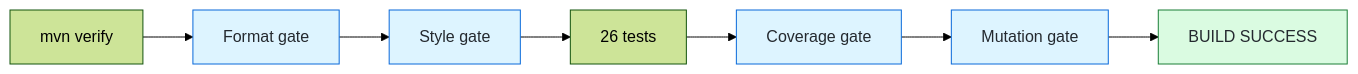
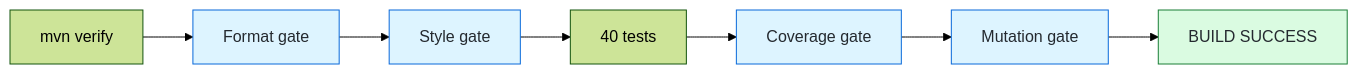
Before and after one commit to athanasius-amalitech/code-quality-b-tidewater-freight: the diagram in RATIONALE.md, drawn with Mermaid (forest theme). The commit also changed other lines of this file and 2 other files, not shown here.

````diff
--- a/RATIONALE.md
+++ b/RATIONALE.md
@@ -102,6 +113,6 @@
 ```mermaid
 flowchart LR
-  A["mvn verify"] --> B["Format gate"]:::gate --> C["Style gate"]:::gate --> D["26 tests"] --> E["Coverage gate"]:::gate --> F["Mutation gate"]:::gate --> G["BUILD SUCCESS"]:::good
+  A["mvn verify"] --> B["Format gate"]:::gate --> C["Style gate"]:::gate --> D["40 tests"] --> E["Coverage gate"]:::gate --> F["Mutation gate"]:::gate --> G["BUILD SUCCESS"]:::good
   classDef gate fill:#ddf4ff,stroke:#0969da,color:#24292f
   classDef good fill:#dafbe1,stroke:#1a7f37,color:#24292f
 ```
````
